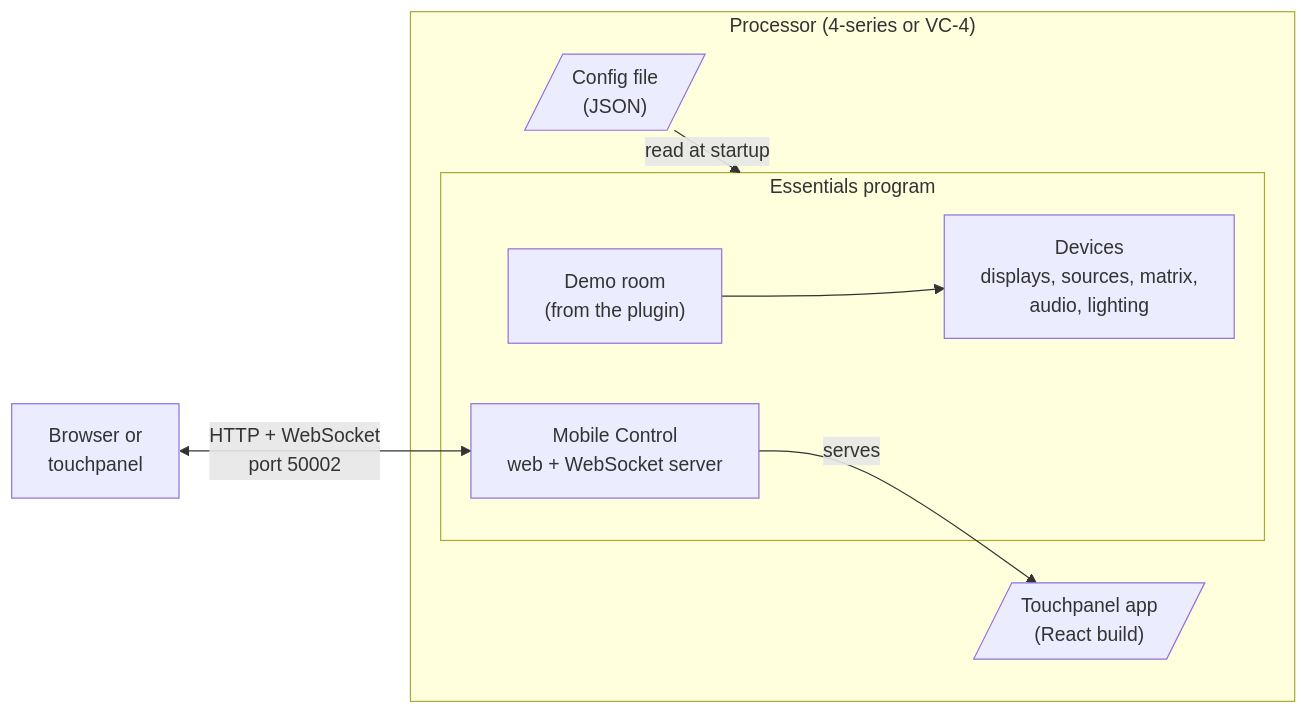
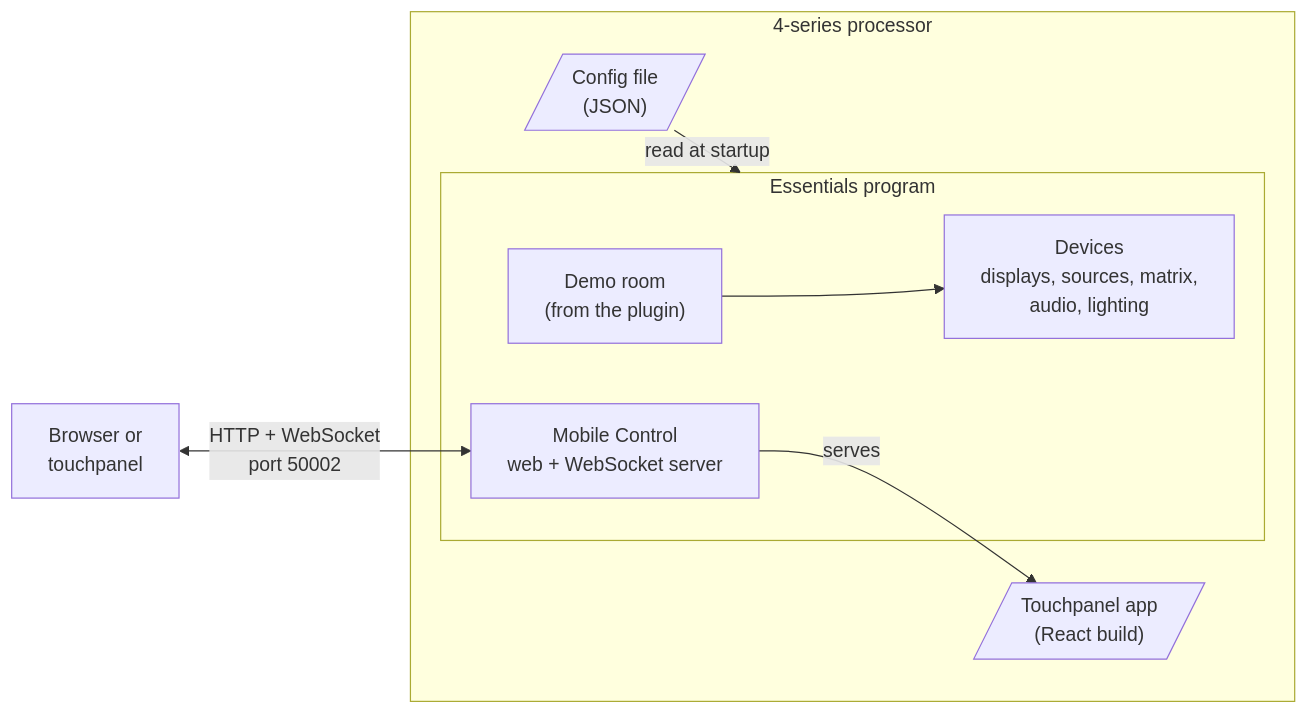
The diagram in docs/explanation/how-the-demo-fits-together.md (PepperDash/EssentialsDemoConfig), drawn with Mermaid before and after one commit. The commit also changed 5 other files, not shown here.

````diff
--- a/docs/explanation/how-the-demo-fits-together.md
+++ b/docs/explanation/how-the-demo-fits-together.md
@@ -7,18 +7,18 @@
 ```mermaid
 flowchart LR
-    subgraph Processor["Processor (4-series or VC-4)"]
+    subgraph Processor["4-series processor"]
         Config[/"Config file<br/>(JSON)"/]
         subgraph Essentials["Essentials program"]
             Devices["Devices<br/>displays, sources, matrix,<br/>audio, lighting"]
             Room["Demo room<br/>(from the plugin)"]
             MC["Mobile Control<br/>web + WebSocket server"]
         end
         App[/"Touchpanel app<br/>(React build)"/]
     end
     Browser["Browser or<br/>touchpanel"]
 
     Config -->|read at startup| Essentials
     Room --> Devices
     MC -->|serves| App
     Browser <-->|"HTTP + WebSocket<br/>port 50002"| MC
 ```
````
